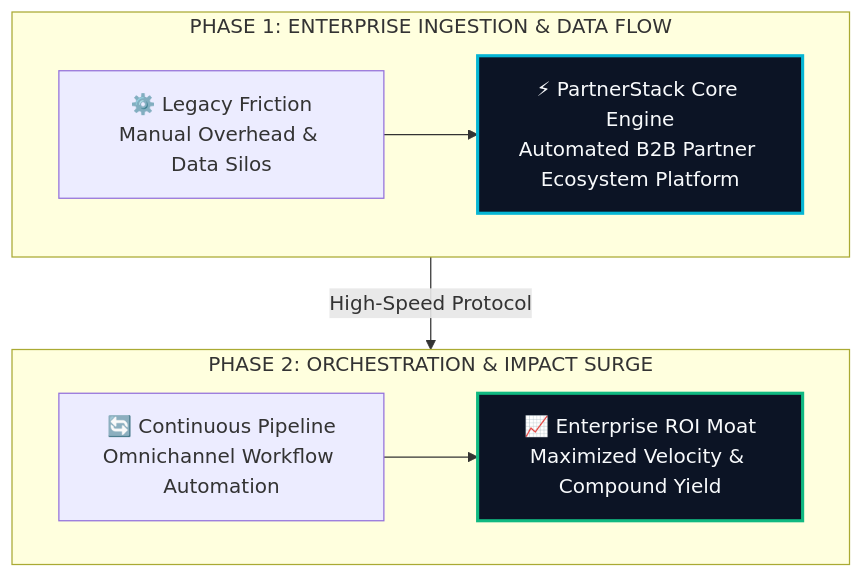
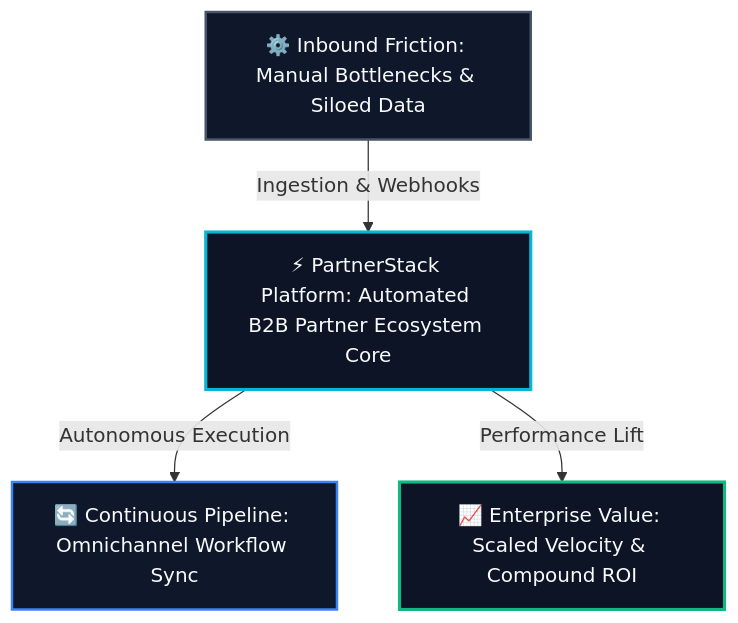
Before and after one commit to heliatech-media/saas-radar: the diagram in site/src/content/blog/partnerstack-evolution-guide-2026.md, drawn with Mermaid. The commit also changed 93 other files, not shown here.

First line of the commit message:
fix(diagrams): resolve dagre-d3 subgraph collision by migrating to balanced 3-tier Hub & Spoke architecture

````diff
--- a/site/src/content/blog/partnerstack-evolution-guide-2026.md
+++ b/site/src/content/blog/partnerstack-evolution-guide-2026.md
@@ -59,14 +59,14 @@
 ```mermaid
 flowchart TD
-    subgraph S1["PHASE 1: ENTERPRISE INGESTION & DATA FLOW"]
-        direction LR
-        A["⚙️ Legacy Friction<br/>Manual Overhead & Data Silos"] --> B["⚡ PartnerStack Core Engine<br/>Automated B2B Partner Ecosystem Platform"]
-    end
-    subgraph S2["PHASE 2: ORCHESTRATION & IMPACT SURGE"]
-        direction LR
-        C["🔄 Continuous Pipeline<br/>Omnichannel Workflow Automation"] --> D["📈 Enterprise ROI Moat<br/>Maximized Velocity & Compound Yield"]
-    end
-    S1 -->|High-Speed Protocol| S2
-    style B fill:#0c1425,stroke:#06b6d4,stroke-width:2.5px,color:#f8fafc
-    style D fill:#0c1425,stroke:#10b981,stroke-width:2.5px,color:#f8fafc
+    Inp["⚙️ Inbound Friction: Manual Bottlenecks & Siloed Data"]
+    Eng["⚡ PartnerStack Platform: Automated B2B Partner Ecosystem Core"]
+    Out1["🔄 Continuous Pipeline: Omnichannel Workflow Sync"]
+    Out2["📈 Enterprise Value: Scaled Velocity & Compound ROI"]
+    Inp -->|Ingestion & Webhooks| Eng
+    Eng -->|Autonomous Execution| Out1
+    Eng -->|Performance Lift| Out2
+    style Inp fill:#0f172a,stroke:#475569,stroke-width:2px,color:#f8fafc
+    style Eng fill:#0c1425,stroke:#06b6d4,stroke-width:2.5px,color:#f8fafc
+    style Out1 fill:#0f172a,stroke:#3b82f6,stroke-width:2px,color:#f8fafc
+    style Out2 fill:#0c1425,stroke:#10b981,stroke-width:2.5px,color:#f8fafc
 ```
````
